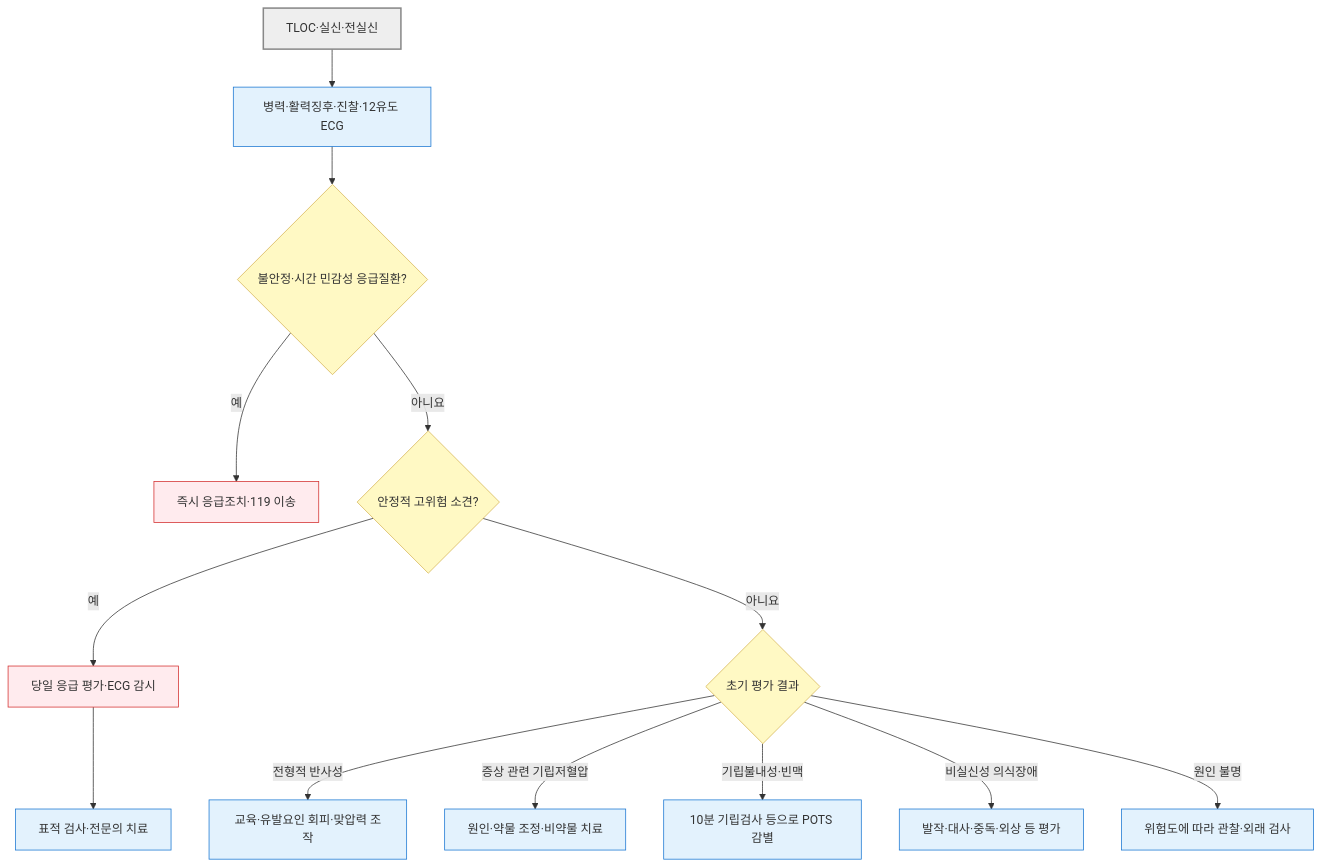
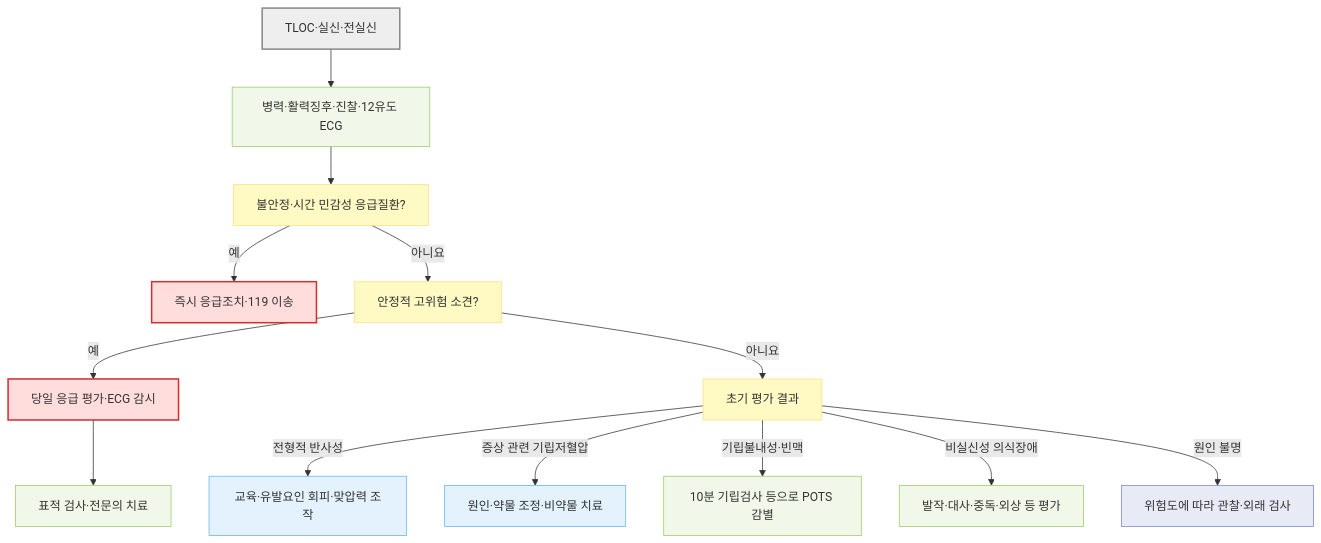
One commit to familyoh77/familyoh77 changed the diagram in 221_/021_-syncope.md. Above: the diagram before and after it, drawn with Mermaid. The commit also changed 17 other files, not shown here.

````diff
--- a/221_/021_-syncope.md
+++ b/221_/021_-syncope.md
@@ -132,23 +132,28 @@
 ```mermaid
 flowchart TD
     A["TLOC·실신·전실신"] --> B["병력·활력징후·진찰·12유도 ECG"]
-    B --> C{"불안정·시간 민감성 응급질환?"}
+    B --> C["불안정·시간 민감성 응급질환?"]
     C -- "예" --> U["즉시 응급조치·119 이송"]
-    C -- "아니요" --> D{"안정적 고위험 소견?"}
+    C -- "아니요" --> D["안정적 고위험 소견?"]
     D -- "예" --> H["당일 응급 평가·ECG 감시"]
-    D -- "아니요" --> E{"초기 평가 결과"}
+    D -- "아니요" --> E["초기 평가 결과"]
     E -- "전형적 반사성" --> R["교육·유발요인 회피·맞압력 조작"]
     E -- "증상 관련 기립저혈압" --> O["원인·약물 조정·비약물 치료"]
     E -- "기립불내성·빈맥" --> P["10분 기립검사 등으로 POTS 감별"]
     E -- "비실신성 의식장애" --> N["발작·대사·중독·외상 등 평가"]
     E -- "원인 불명" --> F["위험도에 따라 관찰·외래 검사"]
     H --> M["표적 검사·전문의 치료"]
-    classDef start fill:#eee,stroke:#888,stroke-width:2px
-    classDef decision fill:#fff9c4,stroke:#d6b656
-    classDef process fill:#e3f2fd,stroke:#1976d2
-    classDef urgent fill:#ffebee,stroke:#d32f2f
+
+    classDef start fill:#eeeeee,stroke:#888888,stroke-width:2px
+    classDef question fill:#fff9c4,stroke:#ffe082
+    classDef emergency fill:#ffdddd,stroke:#d32f2f,stroke-width:2px
+    classDef evaluation fill:#f1f8e9,stroke:#9ccc65
+    classDef treatment fill:#e3f2fd,stroke:#64b5f6
+    classDef followup fill:#e8eaf6,stroke:#7986cb
     class A start
-    class C,D,E decision
-    class B,R,O,P,N,F,M process
-    class U,H urgent
+    class C,D,E question
+    class U,H emergency
+    class B,P,N,M evaluation
+    class R,O treatment
+    class F followup
 ```
````
